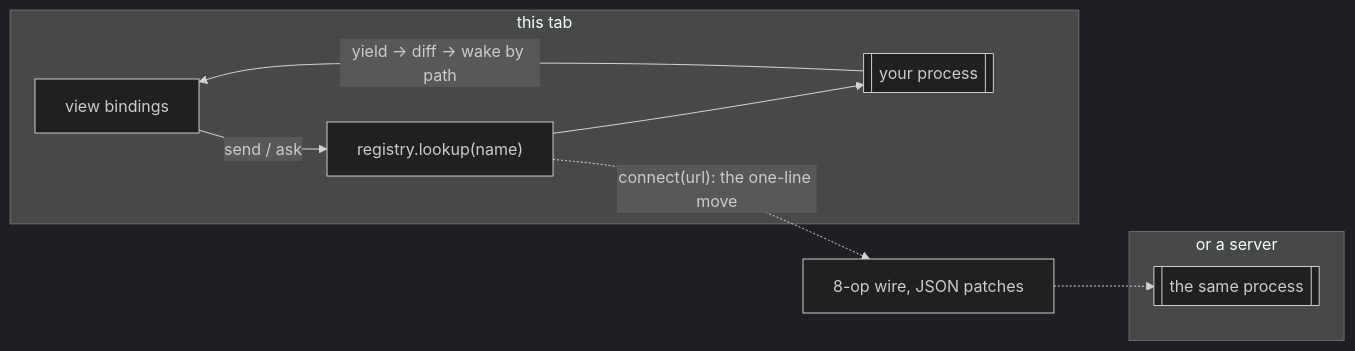
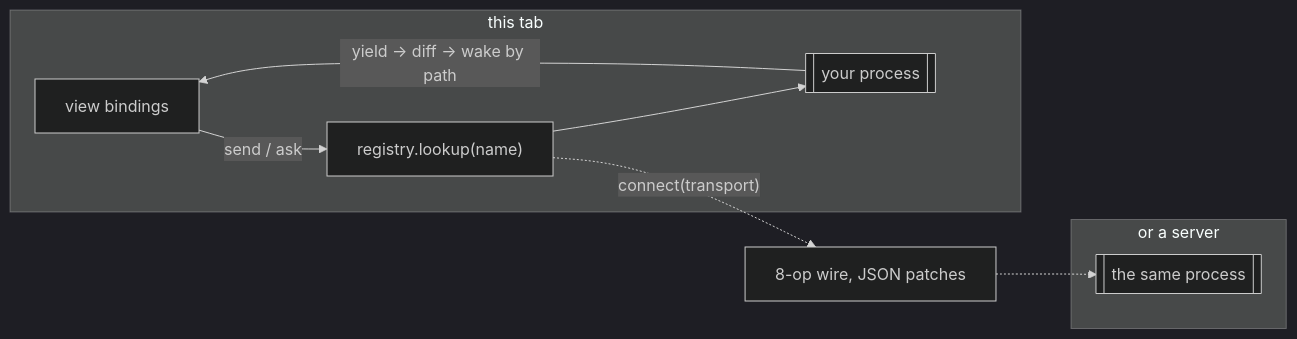
One commit to twfarland/nonchalant changed the diagram in README.md. Above: the diagram before and after it, drawn with Mermaid (dark theme). The commit also changed other lines of this file and 23 other files, not shown here.

````diff
--- a/README.md
+++ b/README.md
@@ -104,13 +110,13 @@
 ```mermaid
 flowchart LR
     subgraph tab [this tab]
         V["view bindings"] -->|"send / ask"| L["registry.lookup(name)"]
         L --> P1[["your process"]]
         P1 -->|"yield → diff → wake by path"| V
     end
     subgraph server [or a server]
         P2[["the same process"]]
     end
-    L -.->|"connect(url): the one-line move"| W["8-op wire, JSON patches"]
+    L -.->|"connect(transport)"| W["8-op wire, JSON patches"]
     W -.-> P2
 ```
````
